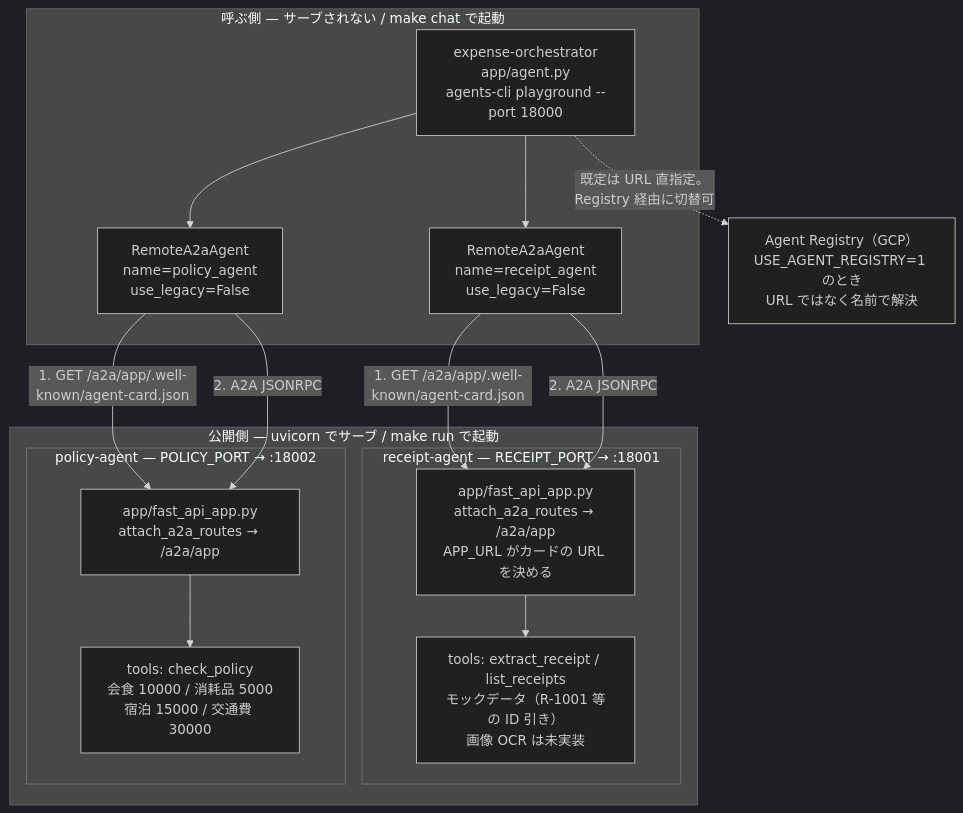
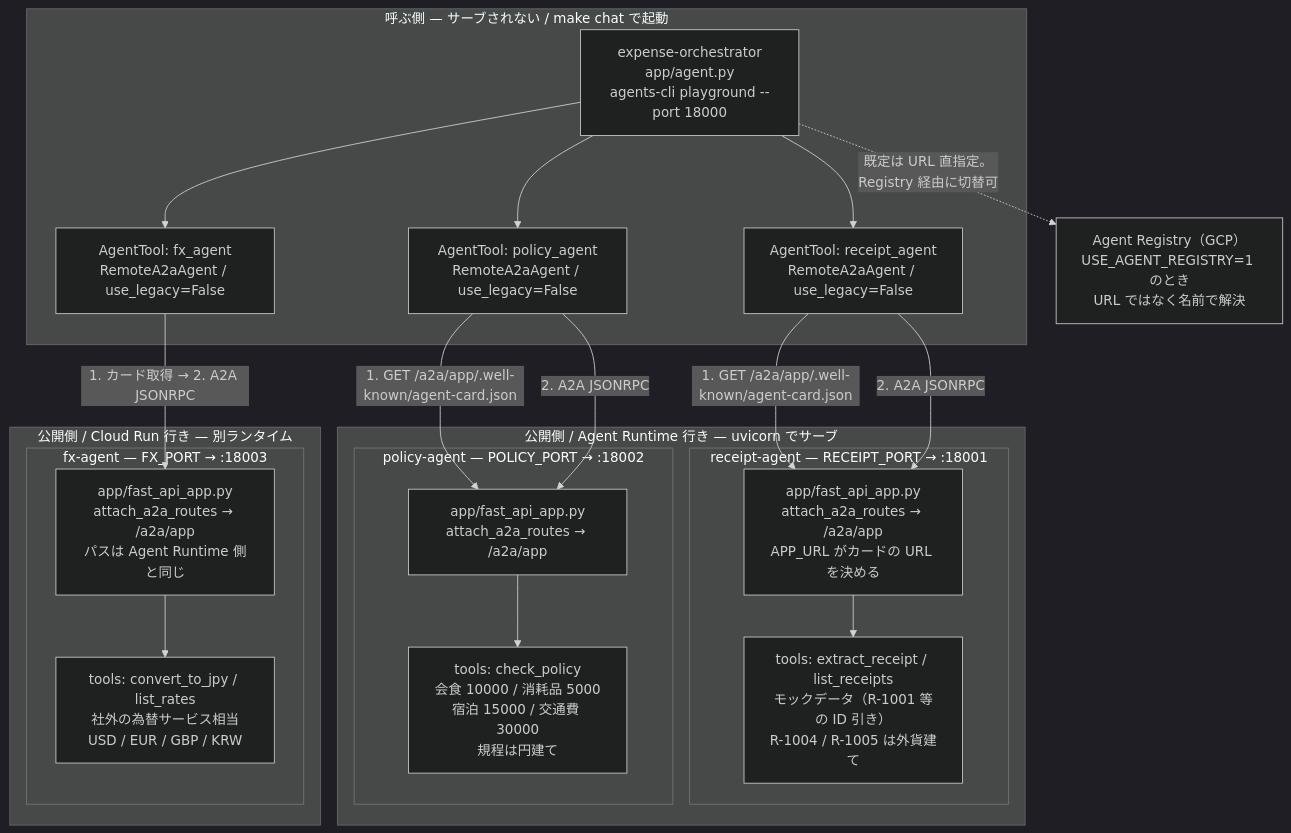
The first of 4 diagrams in README.md (shin5ok/adk-agent-governance-sample), drawn with Mermaid (dark theme) before and after one commit. The commit also changed other lines of this file and 42 other files, not shown here.

First line of the commit message:
feat!: 別ランタイム（Cloud Run）の fx-agent を追加

````diff
--- a/README.md
+++ b/README.md
@@ -14,29 +20,39 @@
 ```mermaid
 flowchart TB
     subgraph caller["呼ぶ側 — サーブされない / make chat で起動"]
         ORCH["expense-orchestrator<br/>app/agent.py<br/>agents-cli playground --port 18000"]
-        RA1["RemoteA2aAgent<br/>name=receipt_agent<br/>use_legacy=False"]
-        RA2["RemoteA2aAgent<br/>name=policy_agent<br/>use_legacy=False"]
+        RA1["AgentTool: receipt_agent<br/>RemoteA2aAgent / use_legacy=False"]
+        RA3["AgentTool: fx_agent<br/>RemoteA2aAgent / use_legacy=False"]
+        RA2["AgentTool: policy_agent<br/>RemoteA2aAgent / use_legacy=False"]
         ORCH --> RA1
+        ORCH --> RA3
         ORCH --> RA2
     end
-    subgraph served["公開側 — uvicorn でサーブ / make run で起動"]
+    subgraph runtime["公開側 / Agent Runtime 行き — uvicorn でサーブ"]
         subgraph S1["receipt-agent — RECEIPT_PORT → :18001"]
             APP1["app/fast_api_app.py<br/>attach_a2a_routes → /a2a/app<br/>APP_URL がカードの URL を決める"]
-            T1["tools: extract_receipt / list_receipts<br/>モックデータ（R-1001 等の ID 引き）<br/>画像 OCR は未実装"]
+            T1["tools: extract_receipt / list_receipts<br/>モックデータ（R-1001 等の ID 引き）<br/>R-1004 / R-1005 は外貨建て"]
             APP1 --> T1
         end
         subgraph S2["policy-agent — POLICY_PORT → :18002"]
             APP2["app/fast_api_app.py<br/>attach_a2a_routes → /a2a/app"]
-            T2["tools: check_policy<br/>会食 10000 / 消耗品 5000<br/>宿泊 15000 / 交通費 30000"]
+            T2["tools: check_policy<br/>会食 10000 / 消耗品 5000<br/>宿泊 15000 / 交通費 30000<br/>規程は円建て"]
             APP2 --> T2
+        end
+    end
+    subgraph cloudrun["公開側 / Cloud Run 行き — 別ランタイム"]
+        subgraph S3["fx-agent — FX_PORT → :18003"]
+            APP3["app/fast_api_app.py<br/>attach_a2a_routes → /a2a/app<br/>パスは Agent Runtime 側と同じ"]
+            T3["tools: convert_to_jpy / list_rates<br/>社外の為替サービス相当<br/>USD / EUR / GBP / KRW"]
+            APP3 --> T3
         end
     end
     REG["Agent Registry（GCP）<br/>USE_AGENT_REGISTRY=1 のとき<br/>URL ではなく名前で解決"]
 
     RA1 -->|"1. GET /a2a/app/.well-known/agent-card.json"| APP1
     RA1 -->|"2. A2A JSONRPC"| APP1
+    RA3 -->|"1. カード取得 → 2. A2A JSONRPC"| APP3
     RA2 -->|"1. GET /a2a/app/.well-known/agent-card.json"| APP2
     RA2 -->|"2. A2A JSONRPC"| APP2
     ORCH -.->|"既定は URL 直指定。<br/>Registry 経由に切替可"| REG
 ```
````
